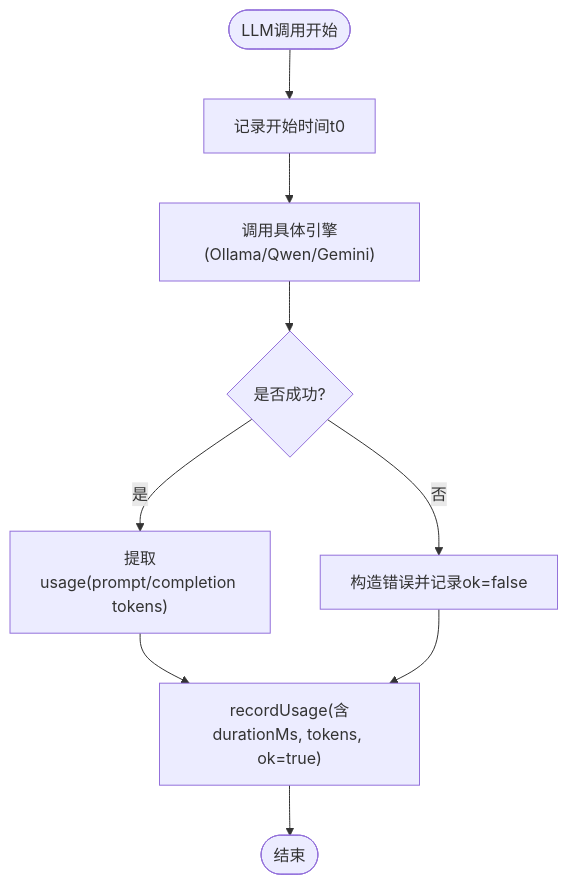
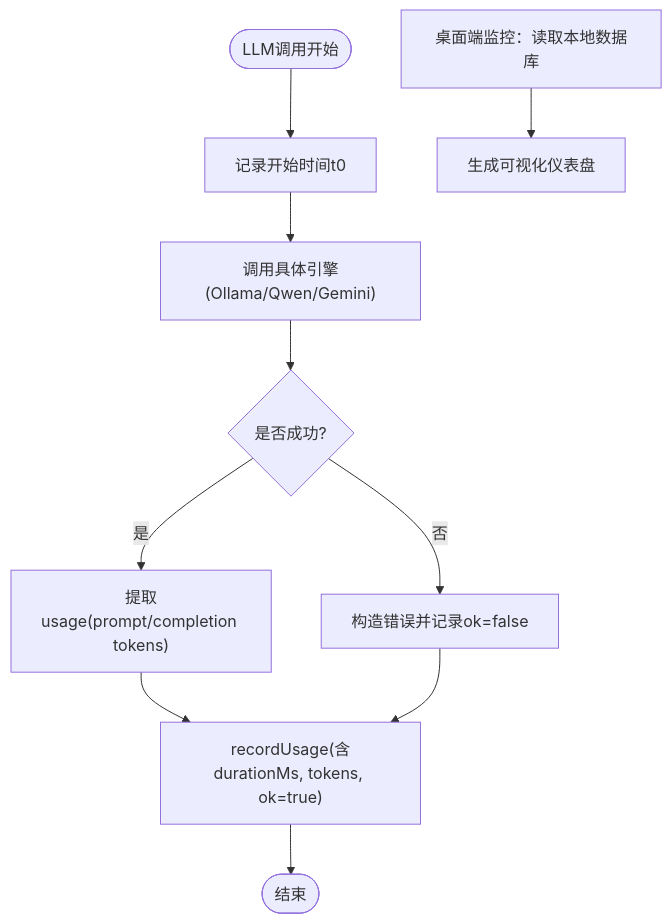
Before and after one commit to dgjin/smart-data-analytics: the third of 8 diagrams in .qoder/repowiki/zh/content/AI与LLM集成/性能监控与成本优化.md, drawn with Mermaid. The commit also changed other lines of this file and 146 other files, not shown here.

````diff
--- a/.qoder/repowiki/zh/content/AI与LLM集成/性能监控与成本优化.md
+++ b/.qoder/repowiki/zh/content/AI与LLM集成/性能监控与成本优化.md
@@ -131,11 +162,12 @@
 ```mermaid
 flowchart TD
 Start(["LLM调用开始"]) --> T0["记录开始时间t0"]
 T0 --> Call["调用具体引擎(Ollama/Qwen/Gemini)"]
 Call --> Result{"是否成功?"}
 Result --> |是| Use["提取usage(prompt/completion tokens)"]
 Result --> |否| Fail["构造错误并记录ok=false"]
 Use --> Record["recordUsage(含durationMs, tokens, ok=true)"]
 Fail --> Record
 Record --> End(["结束"])
+Note["桌面端监控：读取本地数据库"] --> Desktop["生成可视化仪表盘"]
 ```
````
